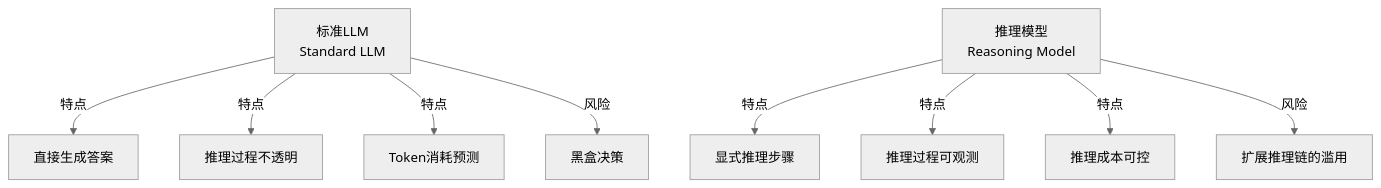
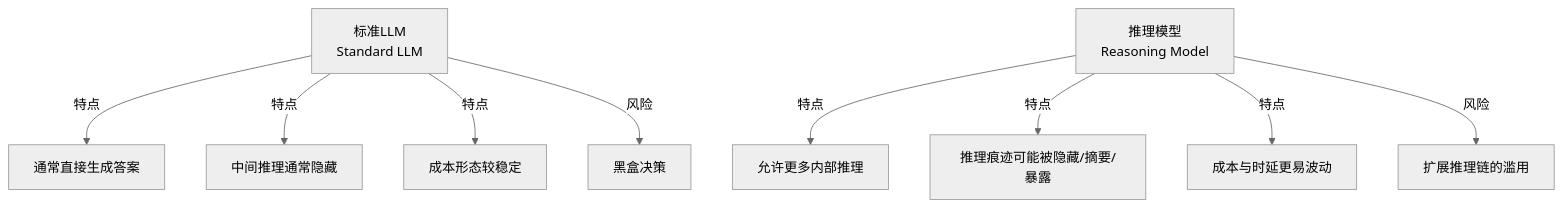
One commit to yeasy/ai_security_guide changed the first of 6 diagrams in 02_fundamentals/2.5_reasoning_model_security.md. Above: the diagram before and after it, drawn with Mermaid (neutral theme). The commit also changed other lines of this file and 25 other files, not shown here.

````diff
--- a/02_fundamentals/2.5_reasoning_model_security.md
+++ b/02_fundamentals/2.5_reasoning_model_security.md
@@ -9,13 +11,13 @@
 ```mermaid
 graph TD
-    A["标准LLM<br/>Standard LLM"] -->|特点| A1["直接生成答案"]
-    A -->|特点| A2["推理过程不透明"]
-    A -->|特点| A3["Token消耗预测"]
+    A["标准LLM<br/>Standard LLM"] -->|特点| A1["通常直接生成答案"]
+    A -->|特点| A2["中间推理通常隐藏"]
+    A -->|特点| A3["成本形态较稳定"]
 
-    B["推理模型<br/>Reasoning Model"] -->|特点| B1["显式推理步骤"]
-    B -->|特点| B2["推理过程可观测"]
-    B -->|特点| B3["推理成本可控"]
+    B["推理模型<br/>Reasoning Model"] -->|特点| B1["允许更多内部推理"]
+    B -->|特点| B2["推理痕迹可能被隐藏/摘要/暴露"]
+    B -->|特点| B3["成本与时延更易波动"]
 
     A -->|风险| A_R["黑盒决策"]
     B -->|风险| B_R["扩展推理链的滥用"]
 ```
````
